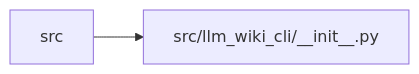
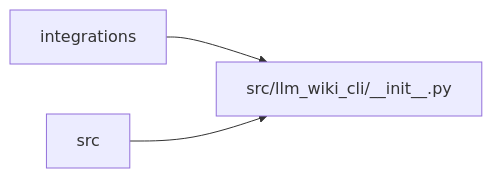
The diagram in docs/llm_wiki/modules/llm_wiki_cli___init__.md (Denissvgn/python-wiki-llm), drawn with Mermaid before and after one commit. The commit also changed other lines of this file and 369 other files, not shown here.

````diff
--- a/docs/llm_wiki/modules/llm_wiki_cli___init__.md
+++ b/docs/llm_wiki/modules/llm_wiki_cli___init__.md
@@ -18,7 +18,9 @@
 ```mermaid
 flowchart LR
-    n0["src"]
-    n1["src/llm_wiki_cli/__init__.py"]
-    n0 --> n1
-    click n1 "../modules/llm_wiki_cli___init__.md"
+    n0["integrations"]
+    n1["src"]
+    n2["src/llm_wiki_cli/__init__.py"]
+    n0 --> n2
+    n1 --> n2
+    click n2 "../modules/llm_wiki_cli___init__.md"
 ```
````
